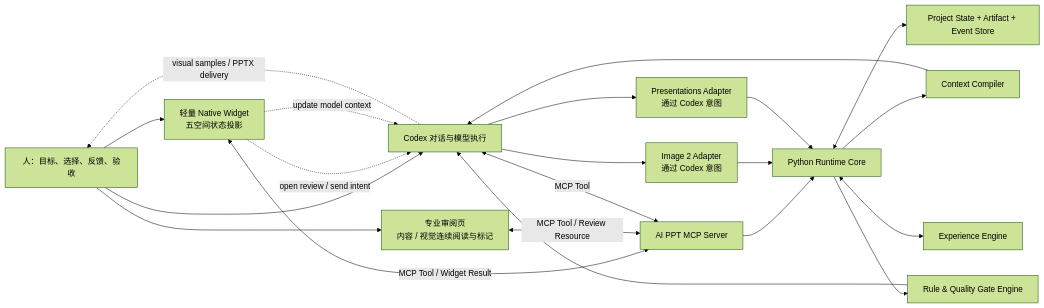
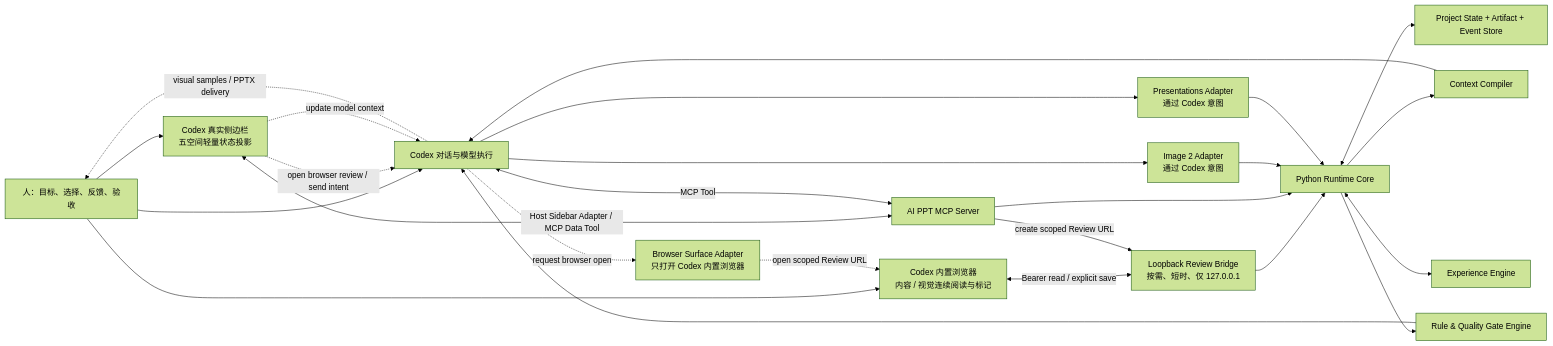
The diagram in 02-系统详细设计-v1.0.md (newlive8818-prog/ai-ppt-studio-agent-workbench), drawn with Mermaid (forest theme) before and after one commit. The commit also changed other lines of this file and 221 other files, not shown here.

````diff
--- a/02-系统详细设计-v1.0.md
+++ b/02-系统详细设计-v1.0.md
@@ -107,36 +113,42 @@
 ```mermaid
 flowchart LR
     H["人：目标、选择、反馈、验收"]
     C["Codex 对话与模型执行"]
-    W["轻量 Native Widget\n五空间状态投影"]
-    V["专业审阅页\n内容 / 视觉连续阅读与标记"]
+    W["Codex 真实侧边栏\n五空间轻量状态投影"]
+    V["Codex 内置浏览器\n内容 / 视觉连续阅读与标记"]
+    A["Browser Surface Adapter\n只打开 Codex 内置浏览器"]
+    B["Loopback Review Bridge\n按需、短时、仅 127.0.0.1"]
     M["AI PPT MCP Server"]
     R["Python Runtime Core"]
     S["Project State + Artifact + Event Store"]
     X["Context Compiler"]
     G["Rule & Quality Gate Engine"]
     I["Image 2 Adapter\n通过 Codex 意图"]
     P["Presentations Adapter\n通过 Codex 意图"]
     E["Experience Engine"]
 
     H --> C
     H --> W
     H --> V
-    W <-->|"MCP Tool / Widget Result"| M
-    V <-->|"MCP Tool / Review Resource"| M
+    W <-->|"Host Sidebar Adapter / MCP Data Tool"| M
+    V <-->|"Bearer read / explicit save"| B
+    M -->|"create scoped Review URL"| B
+    B --> R
     C <-->|"MCP Tool"| M
     M --> R
     R <--> S
     R --> X
     R --> G
     X --> C
     G --> C
     C --> I
     C --> P
     I --> R
     P --> R
     R <--> E
-    W -. "open review / send intent" .-> C
+    W -. "open browser review / send intent" .-> C
+    C -. "request browser open" .-> A
+    A -. "open scoped Review URL" .-> V
     C -. "visual samples / PPTX delivery" .-> H
     W -. "update model context" .-> C
 ```
````
